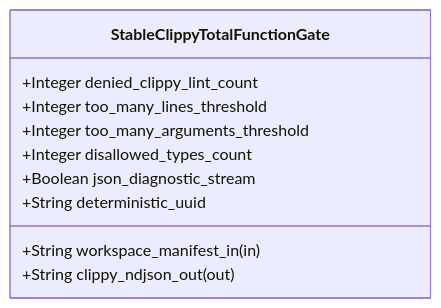
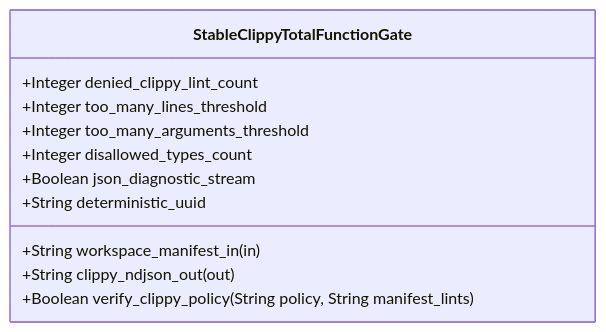
Before and after one commit to gintatkinson/DEAP01-spec-core: the diagram in .pipeline/upstream/docs/features/FEAT-45-StableClippyTotalFunctionGate.md, drawn with Mermaid. The commit also changed other lines of this file and 225 other files, not shown here.

````diff
--- a/.pipeline/upstream/docs/features/FEAT-45-StableClippyTotalFunctionGate.md
+++ b/.pipeline/upstream/docs/features/FEAT-45-StableClippyTotalFunctionGate.md
@@ -16,13 +21,14 @@
 ```mermaid
 classDiagram
     class StableClippyTotalFunctionGate {
         +String workspace_manifest_in (in)
         +String clippy_ndjson_out (out)
         +Integer denied_clippy_lint_count
         +Integer too_many_lines_threshold
         +Integer too_many_arguments_threshold
         +Integer disallowed_types_count
         +Boolean json_diagnostic_stream
         +String deterministic_uuid
+        +Boolean verify_clippy_policy(String policy, String manifest_lints)
     }
 ```
````
